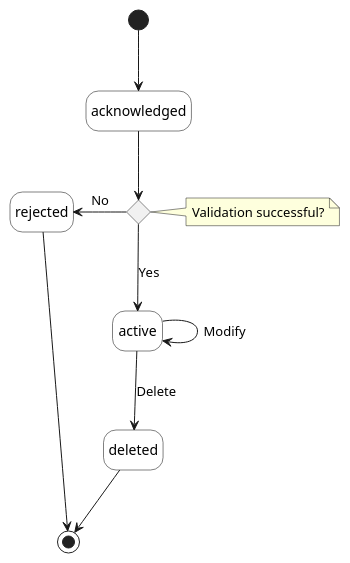
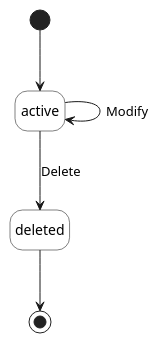
The diagram in documentation/serviceApi/pm/performance/media/src/performanceProfileStates.puml (MEF-GIT/MEF-LSO-Interlude-SDK), drawn with PlantUML before and after one commit. The commit also changed 122 other files, not shown here.

```diff
--- a/documentation/serviceApi/pm/performance/media/src/performanceProfileStates.puml
+++ b/documentation/serviceApi/pm/performance/media/src/performanceProfileStates.puml
@@ -1,31 +1,20 @@
 @startuml performanceProfileStates
 
 'skinparam Linetype polyline
 'skinparam Linetype ortho
 skinparam state {
     BackgroundColor White
     BorderColor Black
 }
 hide empty description
 
-'''decisions'''
-state validation_successful <<choice>> 
- note right of validation_successful : Validation successful?
-
 ''' diagram'''
-[*] -d-> acknowledged
-
-acknowledged -d-> validation_successful
-
-validation_successful -l-> rejected: No
-
-validation_successful -d-> active: Yes
+[*] -d-> active
 
 active -d-> active: Modify
 
 active --> deleted: Delete
 
-rejected -d-> [*]
 deleted -d-> [*]
 
 @enduml
```
